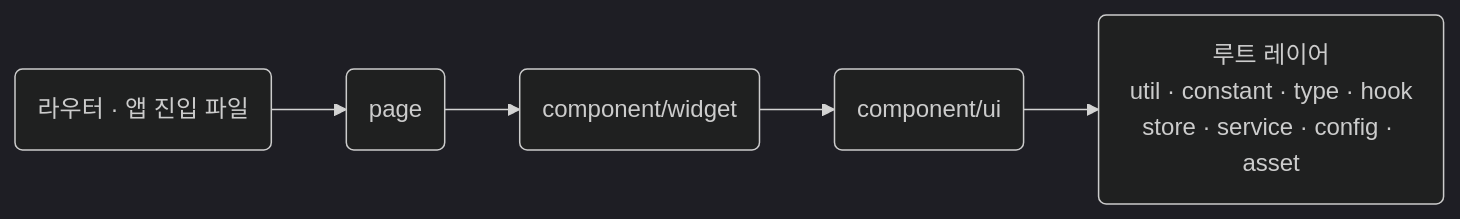
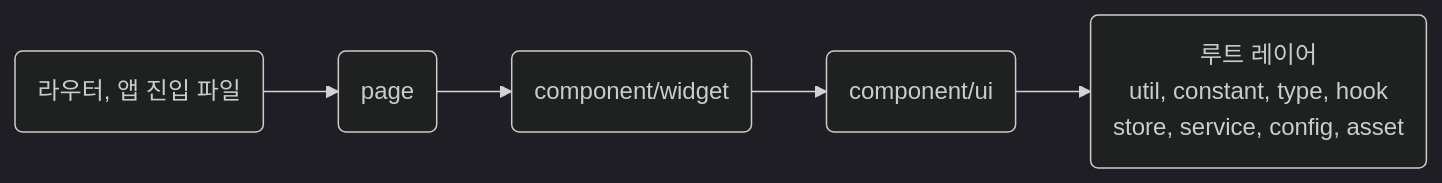
Before and after one commit to minu-ha/agent-conventions: the diagram in skill/react/rules/01-04-ownership-keep-component-imports-flowing-downward.md, drawn with Mermaid (dark theme). The commit also changed 194 other files, not shown here.

````diff
--- a/skill/react/rules/01-04-ownership-keep-component-imports-flowing-downward.md
+++ b/skill/react/rules/01-04-ownership-keep-component-imports-flowing-downward.md
@@ -28,7 +28,7 @@
 ```mermaid
 flowchart LR
-	router("라우터 · 앱 진입 파일") --> page("page")
+	router("라우터, 앱 진입 파일") --> page("page")
 	page --> widget("component/widget")
 	widget --> ui("component/ui")
-	ui --> root("루트 레이어<br>util · constant · type · hook<br>store · service · config · asset")
+	ui --> root("루트 레이어<br>util, constant, type, hook<br>store, service, config, asset")
 ```
````
